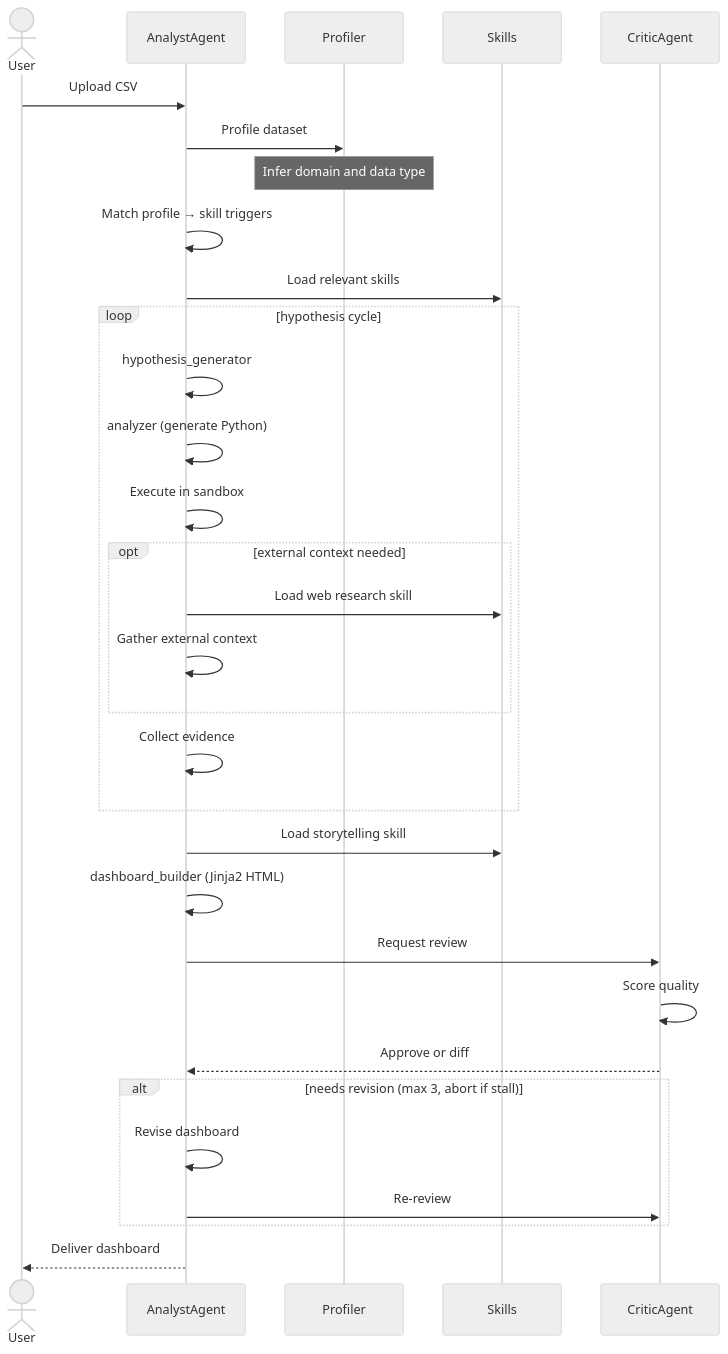
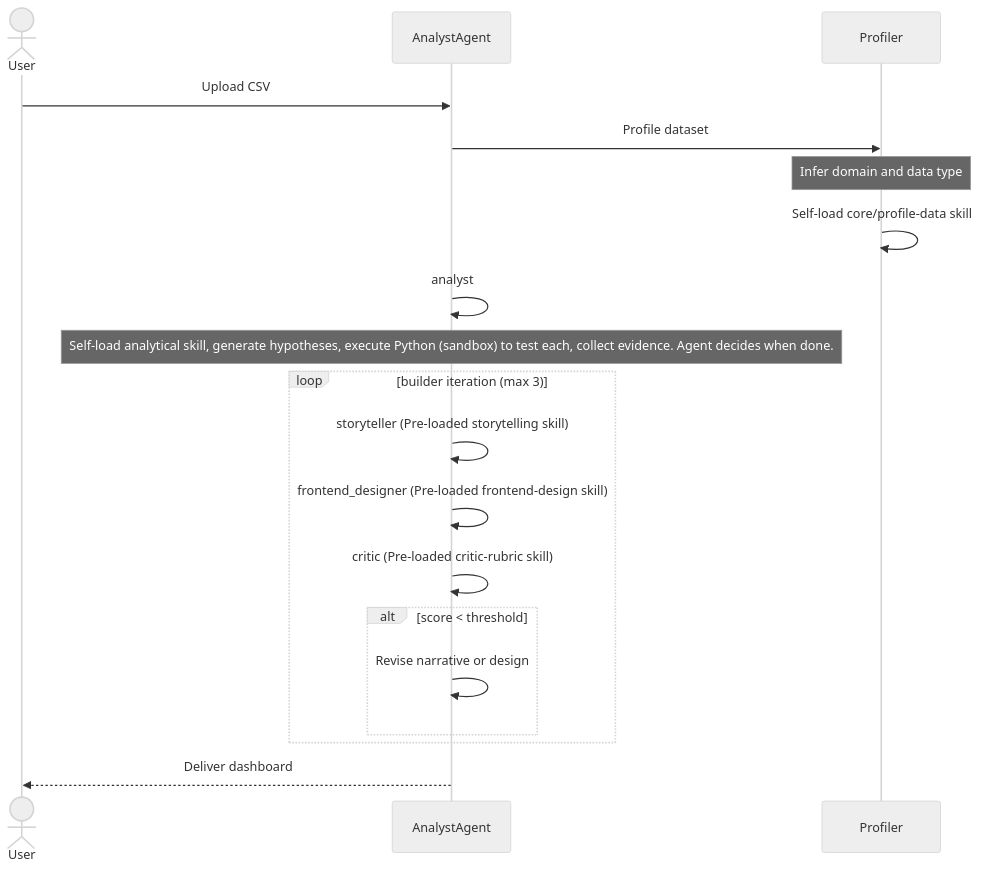
The first of 5 diagrams in design_spec.md (chekahchek/auto-analyst), drawn with Mermaid (neutral theme) before and after one commit. The commit also changed other lines of this file and 1 other file, not shown here.

Commit message:
Update task and design spec

````diff
--- a/design_spec.md
+++ b/design_spec.md
@@ -26,38 +26,25 @@
 ```mermaid
 sequenceDiagram
     actor U as User
     participant A as AnalystAgent
     participant P as Profiler
-    participant S as Skills
-    participant C as CriticAgent
 
     U->>A: Upload CSV
     A->>P: Profile dataset
     Note over P: Infer domain and data type
-    A->>A: Match profile → skill triggers
-    A->>S: Load relevant skills
+    P->>P: Self-load core/profile-data skill
 
-    loop hypothesis cycle
-        A->>A: hypothesis_generator
-        A->>A: analyzer (generate Python)
-        A->>A: Execute in sandbox
-        opt external context needed
-            A->>S: Load web research skill
-            A->>A: Gather external context
+    A->>A: analyst
+    Note over A: Self-load analytical skill, generate hypotheses, execute Python (sandbox) to test each, collect evidence. Agent decides when done.
+
+    loop builder iteration (max 3)
+        A->>A: storyteller (Pre-loaded storytelling skill)
+        A->>A: frontend_designer (Pre-loaded frontend-design skill)
+        A->>A: critic (Pre-loaded critic-rubric skill)
+        alt score < threshold
+            A->>A: Revise narrative or design
         end
-        A->>A: Collect evidence
-    end
-
-    A->>S: Load storytelling skill
-    A->>A: dashboard_builder (Jinja2 HTML)
-    A->>C: Request review
-    C->>C: Score quality
-    C-->>A: Approve or diff
-
-    alt needs revision (max 3, abort if stall)
-        A->>A: Revise dashboard
-        A->>C: Re-review
     end
 
     A-->>U: Deliver dashboard
 ```
````
